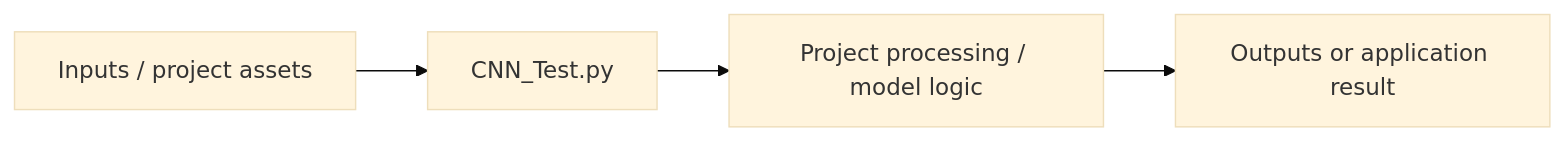
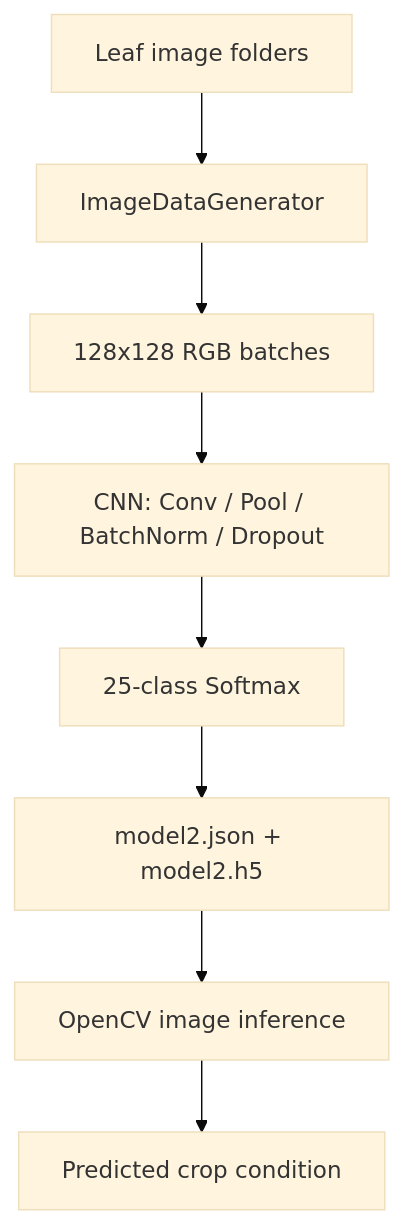
The diagram in Machine_Learning/Disease/README.md (Rajkumar-Ai-Engineer/120_ProjectStreak), drawn with Mermaid (base theme) before and after one commit. The commit also changed other lines of this file, not shown here.

Commit message:
docs(ml): improve Disease project documentation

````diff
--- a/Machine_Learning/Disease/README.md
+++ b/Machine_Learning/Disease/README.md
@@ -21,6 +18,10 @@
 ```mermaid
-flowchart LR
-    I[Inputs / project assets] --> E[CNN_Test.py]
-    E --> P[Project processing / model logic]
-    P --> O[Outputs or application result]
+flowchart TD
+ A[Leaf image folders] --> B[ImageDataGenerator]
+ B --> C[128x128 RGB batches]
+ C --> D[CNN: Conv / Pool / BatchNorm / Dropout]
+ D --> E[25-class Softmax]
+ E --> F[model2.json + model2.h5]
+ F --> G[OpenCV image inference]
+ G --> H[Predicted crop condition]
 ```
````
